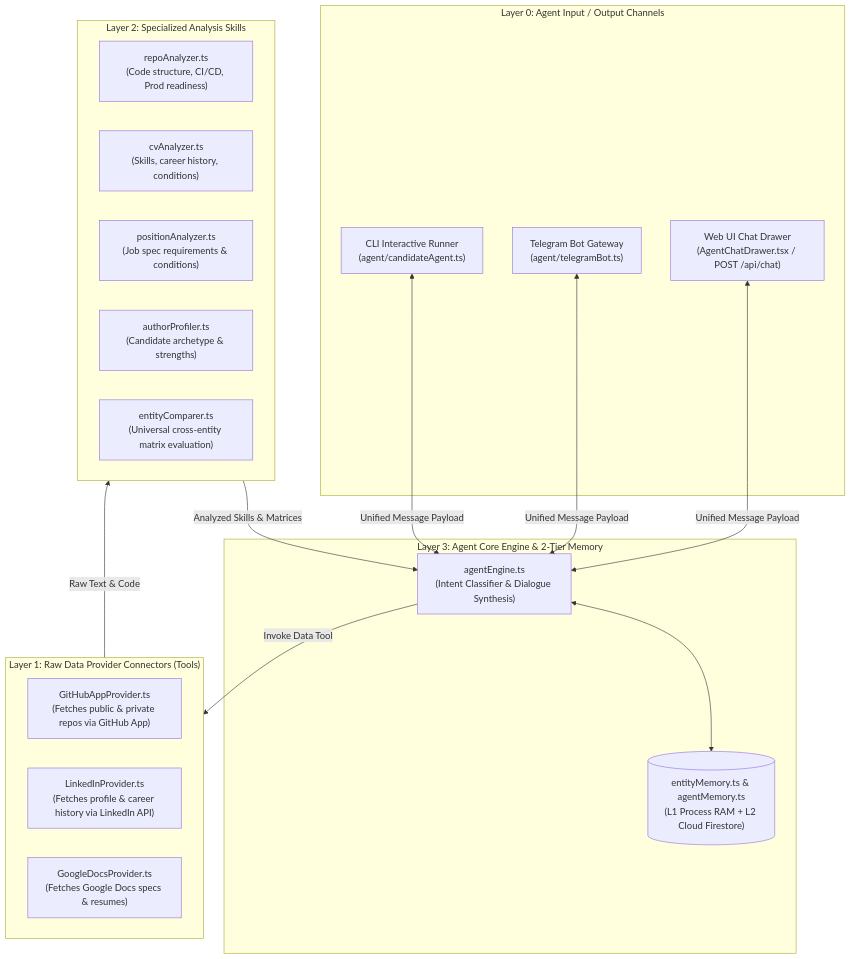
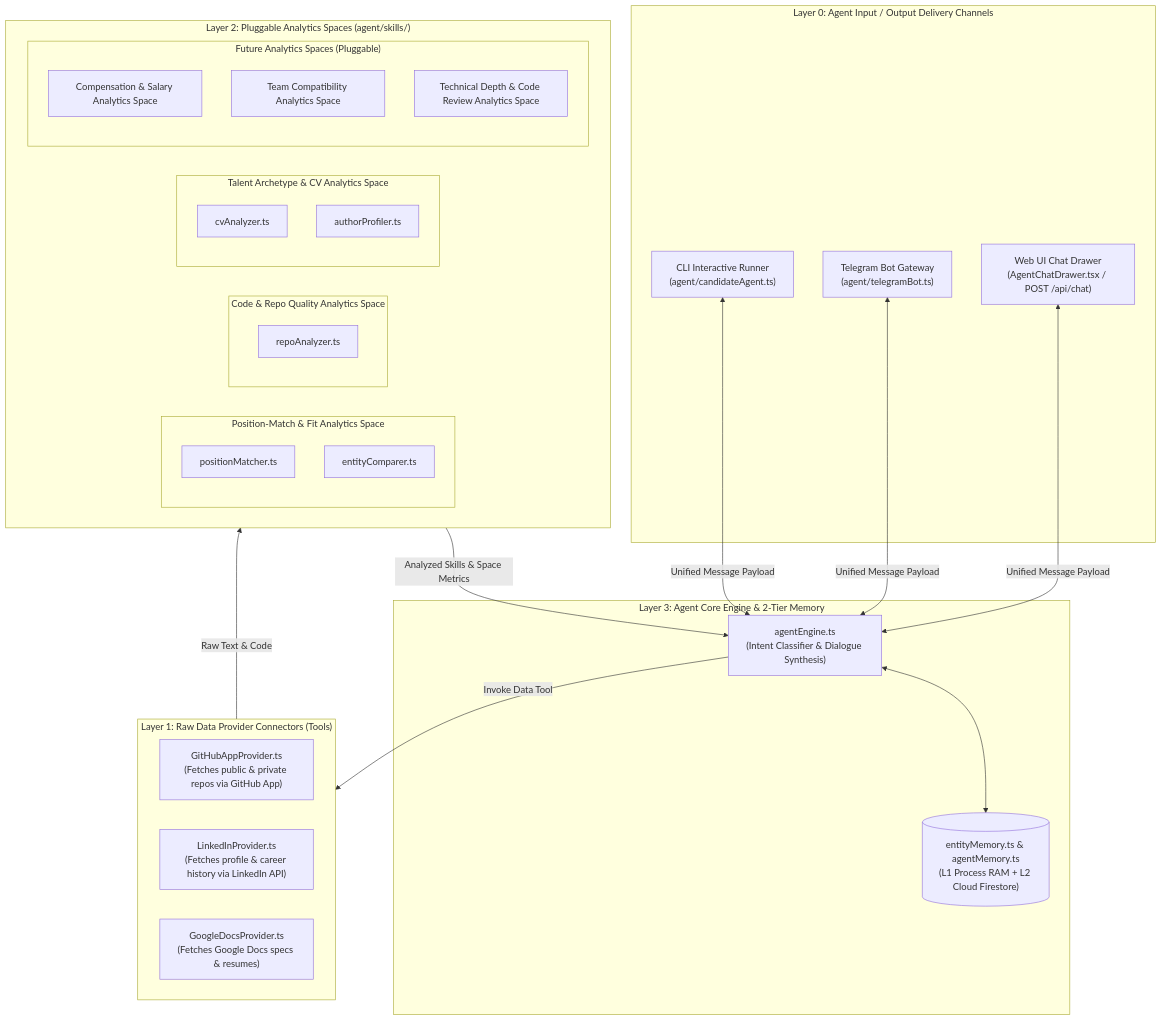
Before and after one commit to phgrey/portfolist: the diagram in docs/implementation_plan.md, drawn with Mermaid. The commit also changed other lines of this file and 7 other files, not shown here.

Commit message:
agent architecture

````diff
--- a/docs/implementation_plan.md
+++ b/docs/implementation_plan.md
@@ -13,34 +9,48 @@
 ```mermaid
 flowchart TD
-    subgraph Layer0["Layer 0: Agent Input / Output Channels"]
+    subgraph Layer0["Layer 0: Agent Input / Output Delivery Channels"]
         WebUIChannel["Web UI Chat Drawer\n(AgentChatDrawer.tsx / POST /api/chat)"]
         TelegramChannel["Telegram Bot Gateway\n(agent/telegramBot.ts)"]
         CLIChannel["CLI Interactive Runner\n(agent/candidateAgent.ts)"]
     end
 
     subgraph Layer3["Layer 3: Agent Core Engine & 2-Tier Memory"]
         AgentEngine["agentEngine.ts\n(Intent Classifier & Dialogue Synthesis)"]
         EntityMemory[("entityMemory.ts & agentMemory.ts\n(L1 Process RAM + L2 Cloud Firestore)")]
     end
 
     subgraph Layer1["Layer 1: Raw Data Provider Connectors (Tools)"]
         GithubProvider["GitHubAppProvider.ts\n(Fetches public & private repos via GitHub App)"]
         LinkedinProvider["LinkedInProvider.ts\n(Fetches profile & career history via LinkedIn API)"]
         GoogleDocsProvider["GoogleDocsProvider.ts\n(Fetches Google Docs specs & resumes)"]
     end
 
-    subgraph Layer2["Layer 2: Specialized Analysis Skills"]
-        RepoAnalyzer["repoAnalyzer.ts\n(Code structure, CI/CD, Prod readiness)"]
-        CvAnalyzer["cvAnalyzer.ts\n(Skills, career history, conditions)"]
-        PositionAnalyzer["positionAnalyzer.ts\n(Job spec requirements & conditions)"]
-        AuthorProfiler["authorProfiler.ts\n(Candidate archetype & strengths)"]
-        EntityComparer["entityComparer.ts\n(Universal cross-entity matrix evaluation)"]
+    subgraph Layer2["Layer 2: Pluggable Analytics Spaces (agent/skills/)"]
+        subgraph FitSpace["Position-Match & Fit Analytics Space"]
+            PositionMatcher["positionMatcher.ts"]
+            EntityComparer["entityComparer.ts"]
+        end
+
+        subgraph CodeSpace["Code & Repo Quality Analytics Space"]
+            RepoAnalyzer["repoAnalyzer.ts"]
+        end
+
+        subgraph TalentSpace["Talent Archetype & CV Analytics Space"]
+            CvAnalyzer["cvAnalyzer.ts"]
+            AuthorProfiler["authorProfiler.ts"]
+        end
+
+        subgraph FutureSpaces["Future Analytics Spaces (Pluggable)"]
+            CompBenchmarking["Compensation & Salary Analytics Space"]
+            TeamCulture["Team Compatibility Analytics Space"]
+            PeerReview["Technical Depth & Code Review Analytics Space"]
+        end
     end
 
     WebUIChannel & TelegramChannel & CLIChannel <-->|Unified Message Payload| AgentEngine
     AgentEngine <--> EntityMemory
 
     AgentEngine -->|Invoke Data Tool| Layer1
     Layer1 -->|Raw Text & Code| Layer2
-    Layer2 -->|Analyzed Skills & Matrices| AgentEngine
+    Layer2 -->|Analyzed Skills & Space Metrics| AgentEngine
 ```
````
